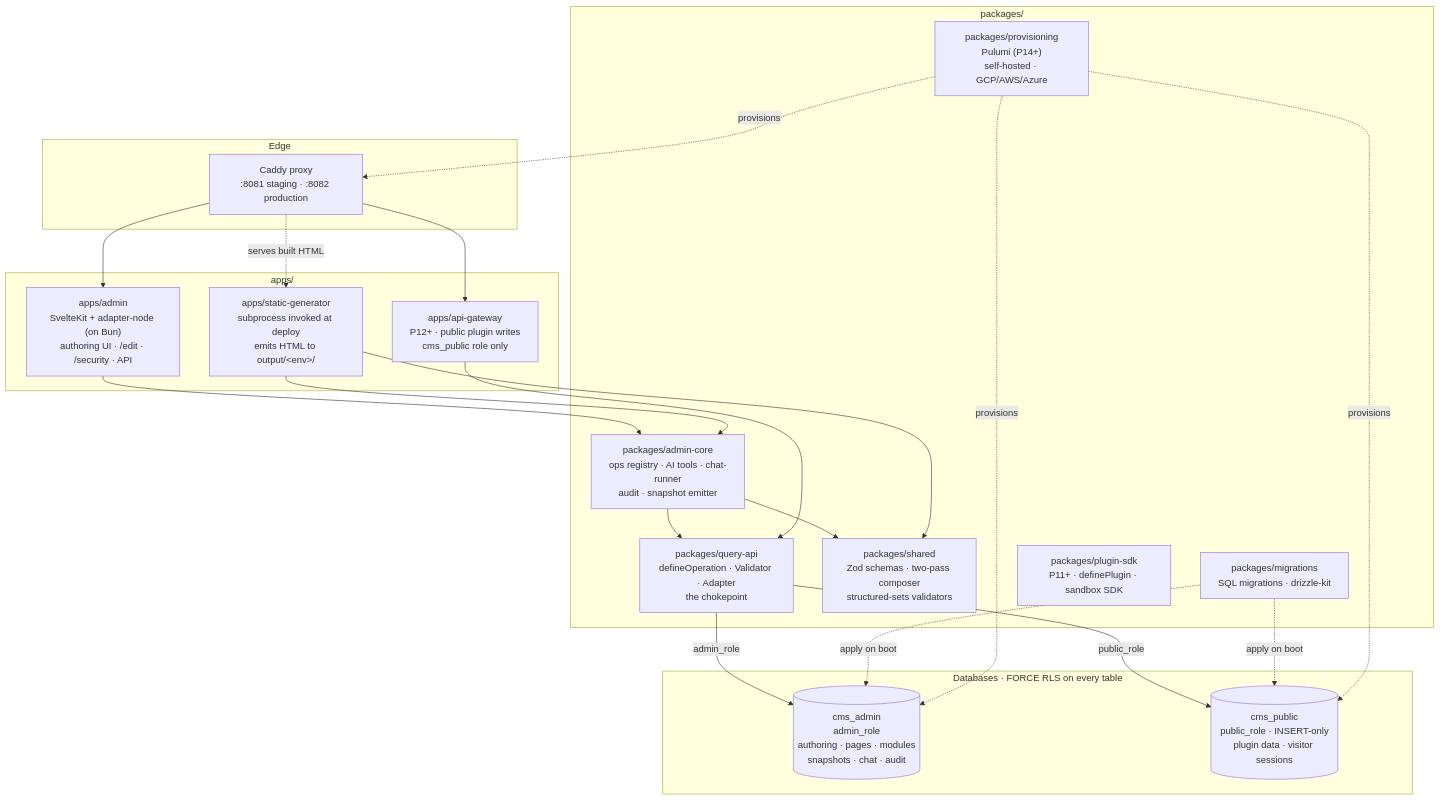
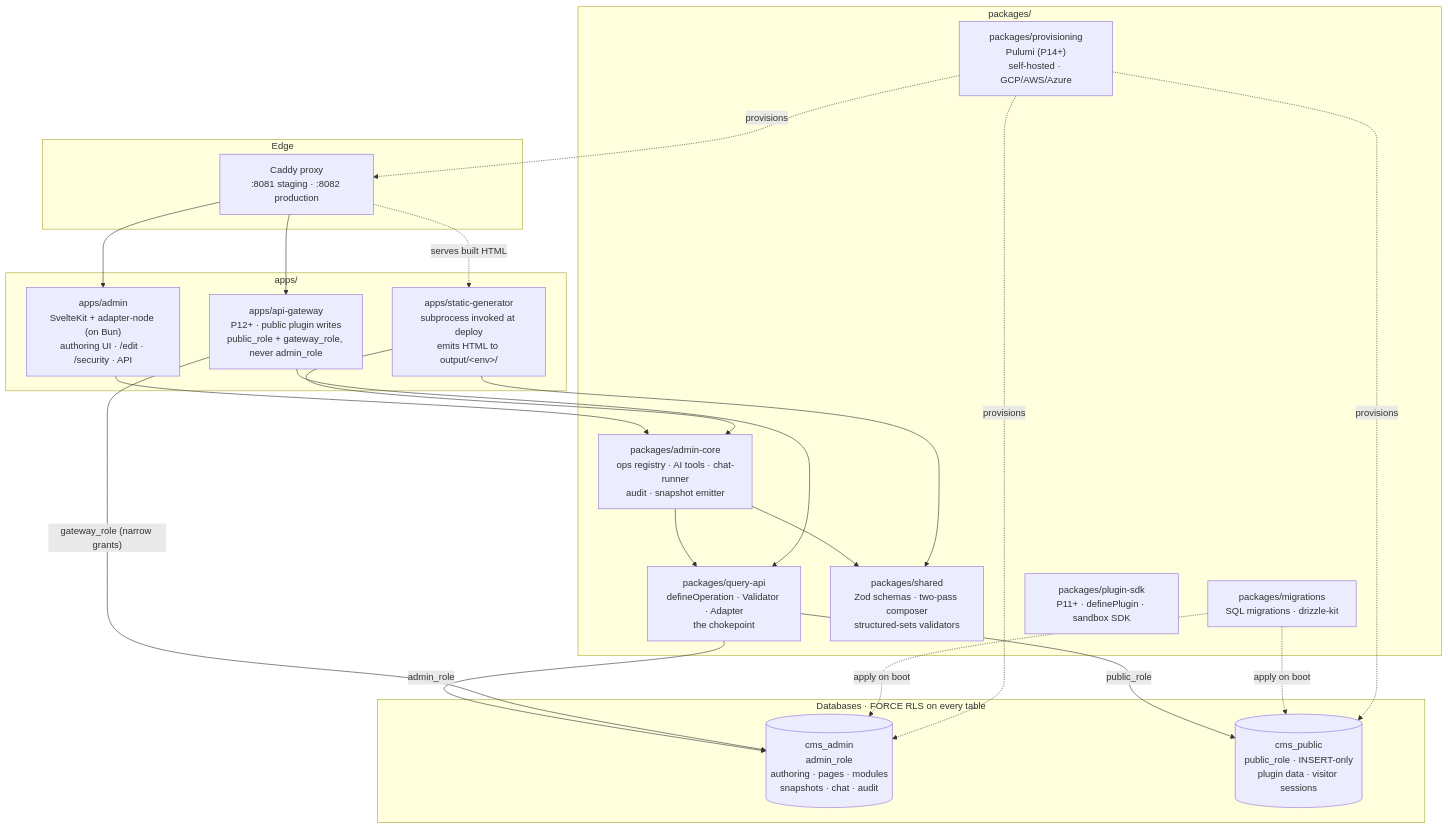
One commit to caelo-cms/caelo-cms changed the first of 4 diagrams in ARCHITECTURE.md. Above: the diagram before and after it, drawn with Mermaid. The commit also changed other lines of this file and 57 other files, not shown here.

First line of the commit message:
fix(security): the API gateway no longer holds admin_role credentials (#613) (#636)

````diff
--- a/ARCHITECTURE.md
+++ b/ARCHITECTURE.md
@@ -11,47 +11,48 @@
 ```mermaid
 graph TD
   subgraph edge["Edge"]
     Caddy["Caddy proxy<br/>:8081 staging · :8082 production"]
   end
 
   subgraph apps["apps/"]
     Admin["apps/admin<br/>SvelteKit + adapter-node (on Bun)<br/>authoring UI · /edit · /security · API"]
     StaticGen["apps/static-generator<br/>subprocess invoked at deploy<br/>emits HTML to output/&lt;env&gt;/"]
-    Gateway["apps/api-gateway<br/>P12+ · public plugin writes<br/>cms_public role only"]
+    Gateway["apps/api-gateway<br/>P12+ · public plugin writes<br/>public_role + gateway_role, never admin_role"]
   end
 
   subgraph pkgs["packages/"]
     AdminCore["packages/admin-core<br/>ops registry · AI tools · chat-runner<br/>audit · snapshot emitter"]
     QueryApi["packages/query-api<br/>defineOperation · Validator · Adapter<br/>the chokepoint"]
     Shared["packages/shared<br/>Zod schemas · two-pass composer<br/>structured-sets validators"]
     Migrations["packages/migrations<br/>SQL migrations · drizzle-kit"]
     Provisioning["packages/provisioning<br/>Pulumi (P14+)<br/>self-hosted · GCP/AWS/Azure"]
     PluginSdk["packages/plugin-sdk<br/>P11+ · definePlugin · sandbox SDK"]
   end
 
   subgraph dbs["Databases · FORCE RLS on every table"]
     CmsAdmin[("cms_admin<br/>admin_role<br/>authoring · pages · modules<br/>snapshots · chat · audit")]
     CmsPublic[("cms_public<br/>public_role · INSERT-only<br/>plugin data · visitor sessions")]
   end
 
   Caddy --> Admin
   Caddy --> Gateway
   Caddy -. serves built HTML .-> StaticGen
 
   Admin --> AdminCore
   AdminCore --> QueryApi
   AdminCore --> Shared
   Gateway --> QueryApi
   StaticGen --> AdminCore
   StaticGen --> Shared
 
   QueryApi -- admin_role --> CmsAdmin
   QueryApi -- public_role --> CmsPublic
+  Gateway -- "gateway_role (narrow grants)" --> CmsAdmin
 
   Migrations -. apply on boot .-> CmsAdmin
   Migrations -. apply on boot .-> CmsPublic
 
   Provisioning -. provisions .-> Caddy
   Provisioning -. provisions .-> CmsAdmin
   Provisioning -. provisions .-> CmsPublic
 ```
````
